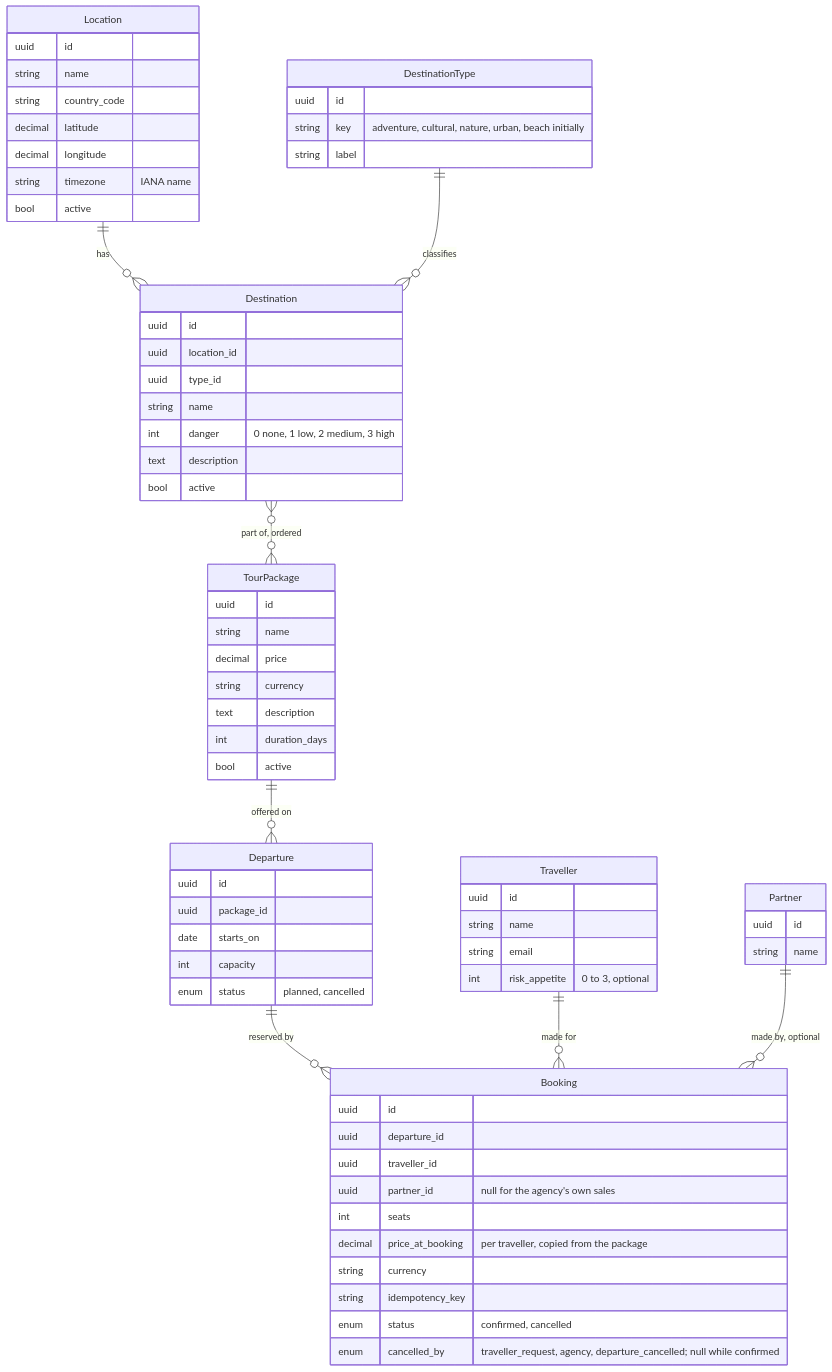
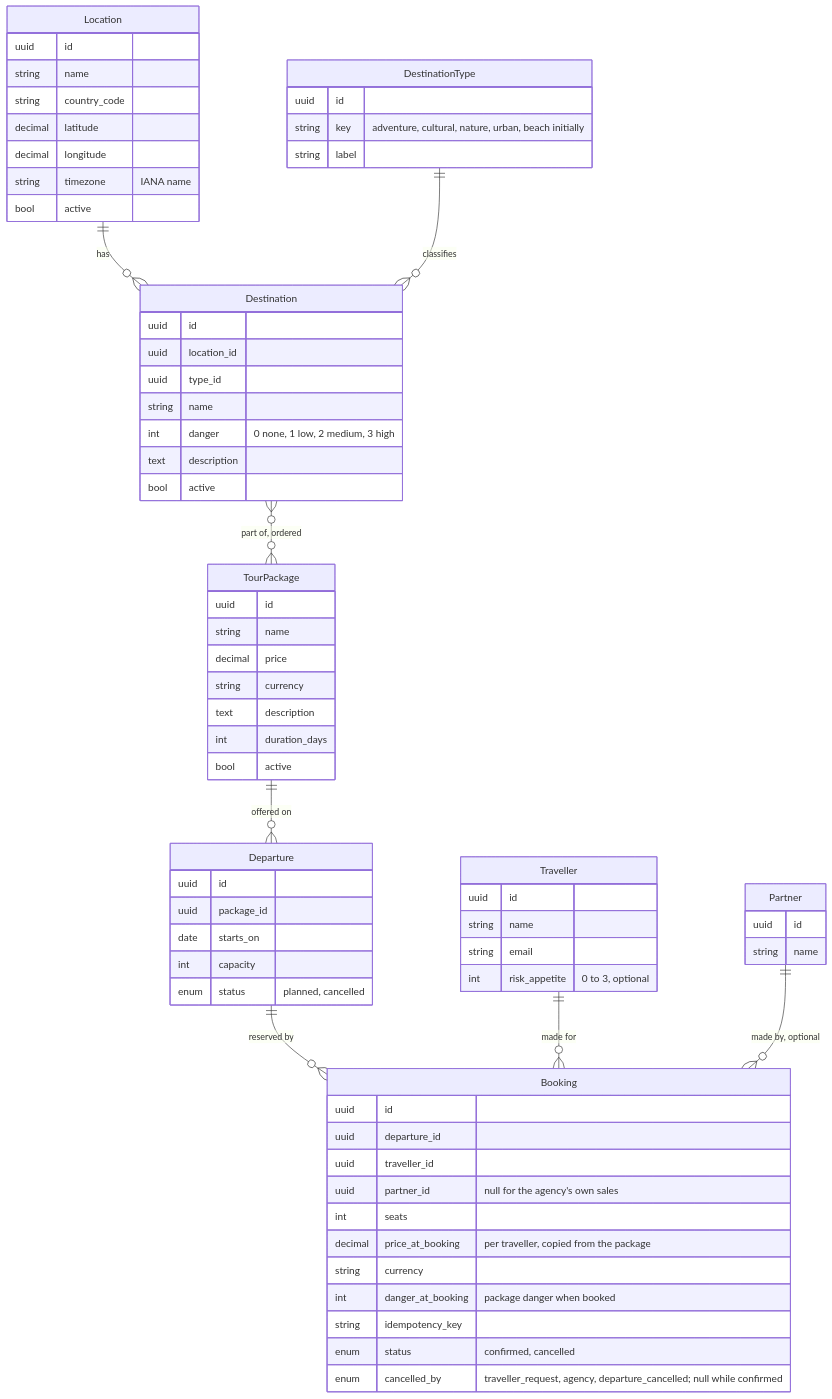
The diagram in docs/03-data-model.md (AlitalipSever/travel-agency), drawn with Mermaid before and after one commit. The commit also changed other lines of this file and 2 other files, not shown here.

Commit message:
P4 reviewed: null for empty packages, inactive destinations count, label beside score, plan documented, danger kept on bookings

````diff
--- a/docs/03-data-model.md
+++ b/docs/03-data-model.md
@@ -7,72 +7,73 @@
 ```mermaid
 erDiagram
   Location ||--o{ Destination : "has"
   DestinationType ||--o{ Destination : "classifies"
   Destination }o--o{ TourPackage : "part of, ordered"
   TourPackage ||--o{ Departure : "offered on"
   Departure ||--o{ Booking : "reserved by"
   Traveller ||--o{ Booking : "made for"
   Partner ||--o{ Booking : "made by, optional"
 
   Location {
     uuid id
     string name
     string country_code
     decimal latitude
     decimal longitude
     string timezone "IANA name"
     bool active
   }
   Destination {
     uuid id
     uuid location_id
     uuid type_id
     string name
     int danger "0 none, 1 low, 2 medium, 3 high"
     text description
     bool active
   }
   DestinationType {
     uuid id
     string key "adventure, cultural, nature, urban, beach initially"
     string label
   }
   TourPackage {
     uuid id
     string name
     decimal price
     string currency
     text description
     int duration_days
     bool active
   }
   Departure {
     uuid id
     uuid package_id
     date starts_on
     int capacity
     enum status "planned, cancelled"
   }
   Booking {
     uuid id
     uuid departure_id
     uuid traveller_id
     uuid partner_id "null for the agency's own sales"
     int seats
     decimal price_at_booking "per traveller, copied from the package"
     string currency
+    int danger_at_booking "package danger when booked"
     string idempotency_key
     enum status "confirmed, cancelled"
     enum cancelled_by "traveller_request, agency, departure_cancelled; null while confirmed"
   }
   Traveller {
     uuid id
     string name
     string email
     int risk_appetite "0 to 3, optional"
   }
   Partner {
     uuid id
     string name
   }
 ```
````
